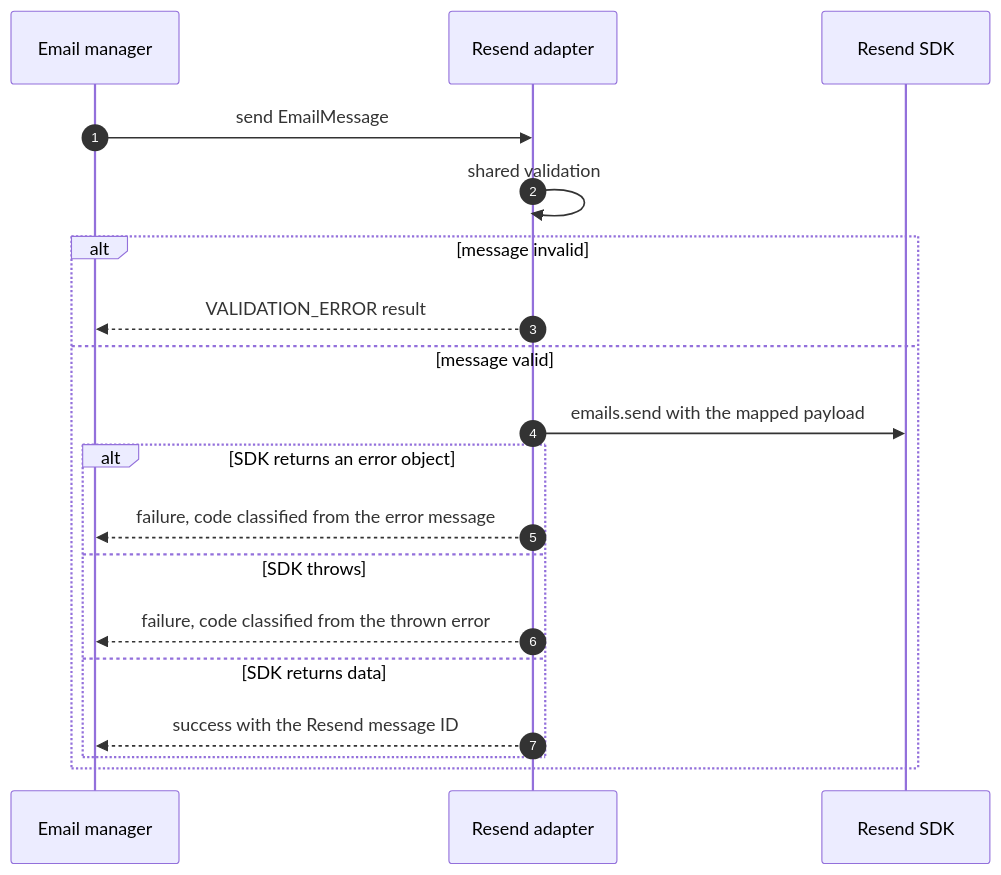
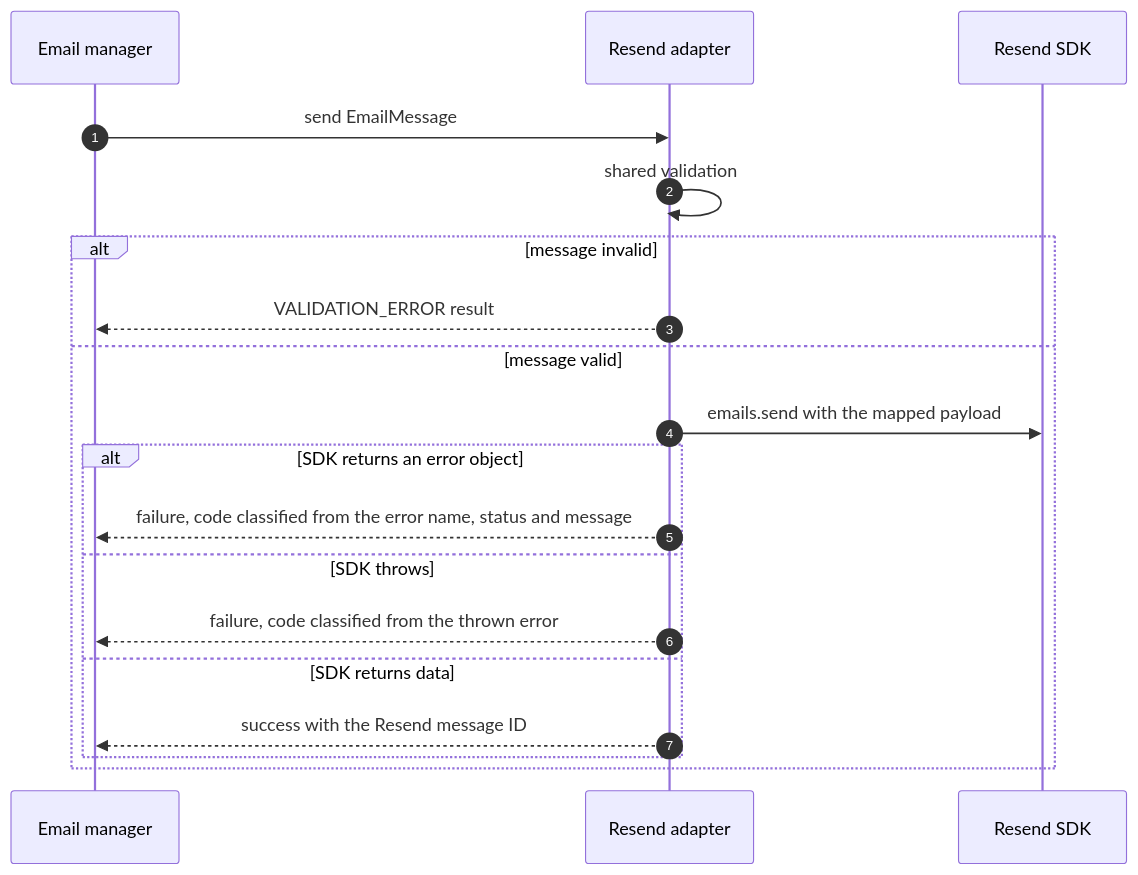
The first of 2 diagrams in packages/email-manager/docs/providers/resend.md (NextNodeSolutions/core), drawn with Mermaid before and after one commit. The commit also changed other lines of this file and 3 other files, not shown here.

First line of the commit message:
fix(email-manager): classify resend errors by name and status

````diff
--- a/packages/email-manager/docs/providers/resend.md
+++ b/packages/email-manager/docs/providers/resend.md
@@ -32,21 +32,21 @@
 ```mermaid
 sequenceDiagram
     autonumber
     participant M as Email manager
     participant A as Resend adapter
     participant SDK as Resend SDK
     M->>A: send EmailMessage
     A->>A: shared validation
     alt message invalid
         A-->>M: VALIDATION_ERROR result
     else message valid
         A->>SDK: emails.send with the mapped payload
         alt SDK returns an error object
-            A-->>M: failure, code classified from the error message
+            A-->>M: failure, code classified from the error name, status and message
         else SDK throws
             A-->>M: failure, code classified from the thrown error
         else SDK returns data
             A-->>M: success with the Resend message ID
         end
     end
 ```
````
